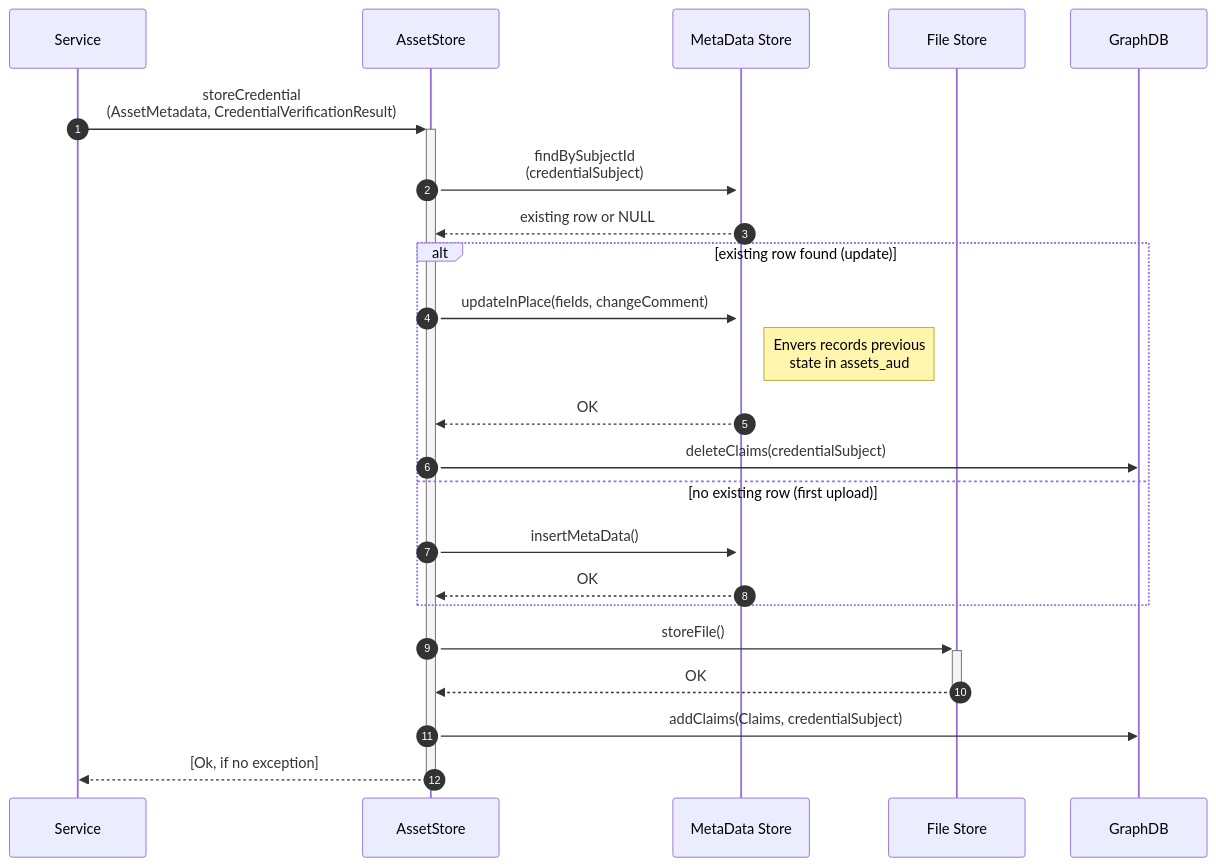
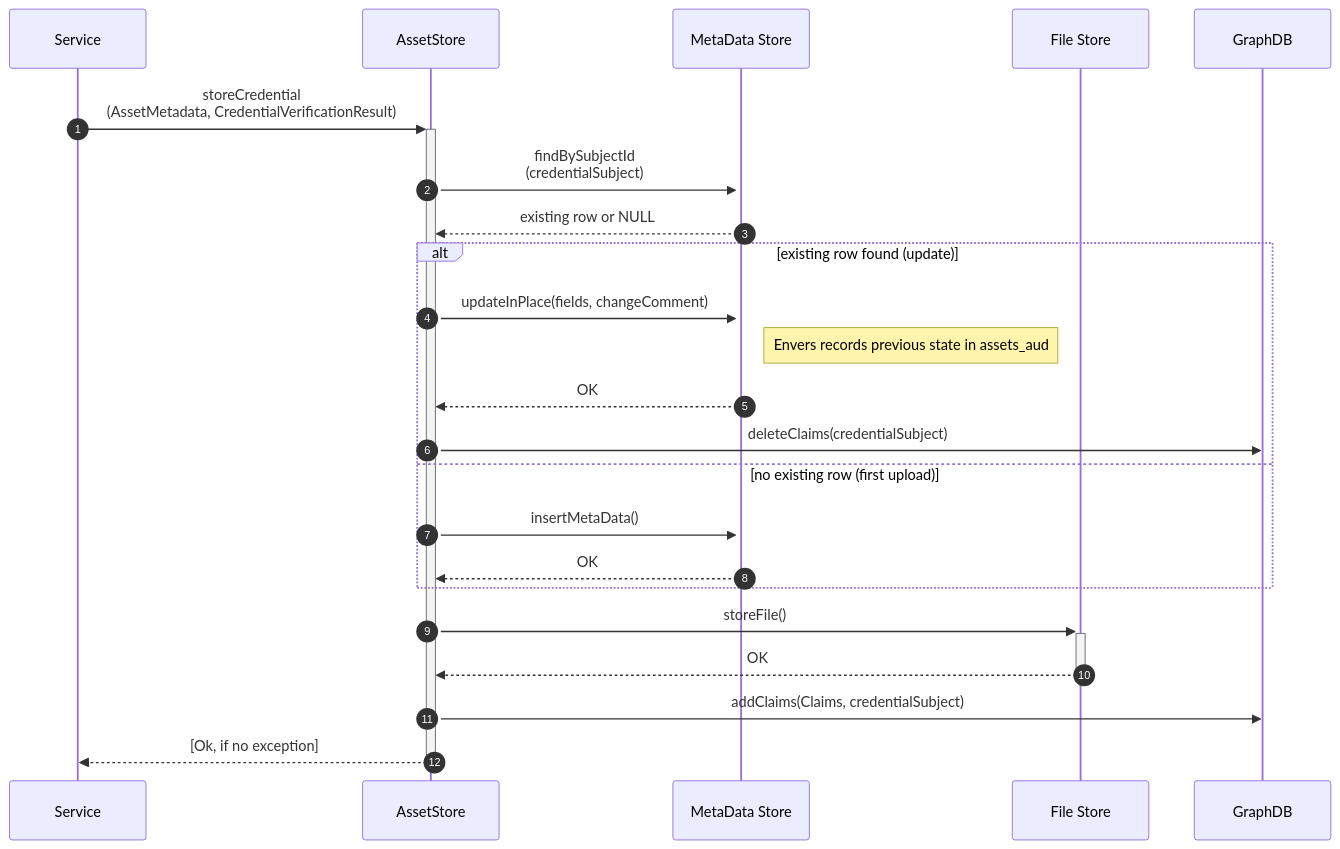
Diagram 40 of 44 in federated-catalogue/src/docs/architecture/chapters/06_runtime_view.adoc (stevenschwenke/federated-catalogue-docs), drawn with Mermaid before and after one commit. The commit also changed other lines of this file, not shown here.

Commit message:
Fix Mermaid CLI setup

```diff
--- a/federated-catalogue/src/docs/architecture/chapters/06_runtime_view.adoc
+++ b/federated-catalogue/src/docs/architecture/chapters/06_runtime_view.adoc
@@ -1239,25 +1239,25 @@
 [mermaid, width=2000]
 ....
 sequenceDiagram
     autonumber
     participant Service
     participant AssetStore as AssetStore
     participant MetaData as MetaData Store
     participant FileStore as File Store
         Service ->> + AssetStore: storeCredential<br>(AssetMetadata, CredentialVerificationResult)
         AssetStore ->> + MetaData:findBySubjectId<br>(credentialSubject)
         MetaData -->> AssetStore:existing row or NULL
         alt existing row found (update)
             AssetStore ->> MetaData:updateInPlace(fields, changeComment)
-            Note right of MetaData: Envers records previous<br/>state in assets_aud
+            Note right of MetaData: Envers records previous state in assets_aud
             MetaData -->> AssetStore:OK
             AssetStore ->> GraphDB:deleteClaims(credentialSubject)
         else no existing row (first upload)
             AssetStore ->> MetaData:insertMetaData()
             MetaData -->> AssetStore:OK
         end
         AssetStore ->> + FileStore:storeFile()
         FileStore -->> - AssetStore:OK
         AssetStore ->> GraphDB:addClaims(Claims, credentialSubject)
         AssetStore -->> - Service: [Ok, if no exception]
 ....
```
